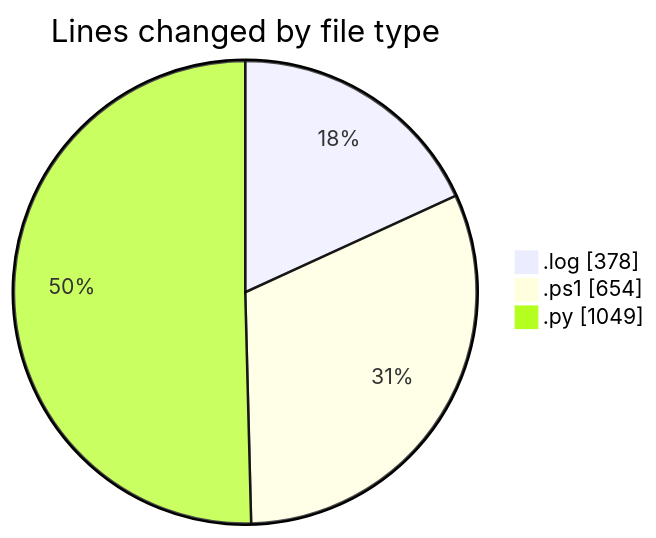
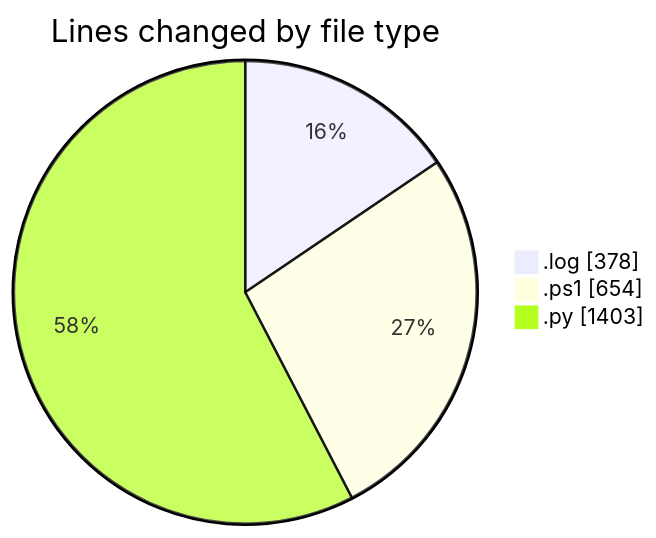
Before and after one commit to shibass792/code-tracking: the first of 2 diagrams in 2026-07-08/twenty_versions_aminor/README.md, drawn with Mermaid. The commit also changed other lines of this file and 1 other file, not shown here.

````diff
--- a/2026-07-08/twenty_versions_aminor/README.md
+++ b/2026-07-08/twenty_versions_aminor/README.md
@@ -22,7 +23,7 @@
 ```mermaid
 pie showData
 title Lines changed by file type
 ".log" : 378
 ".ps1" : 654
-".py" : 1049
+".py" : 1403
 ```
````
